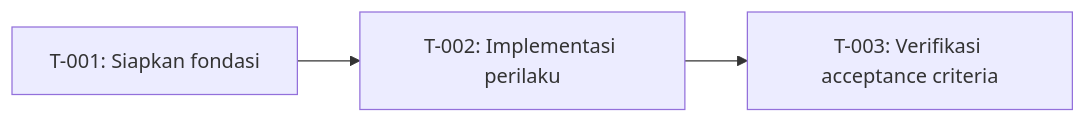
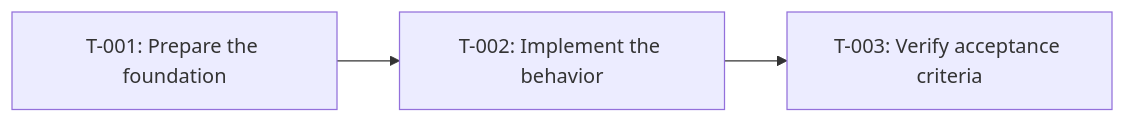
Before and after one commit to ridhomujizat/lana-harness: the diagram in docs/specs/0000-feature-name/tasks.md, drawn with Mermaid. The commit also changed other lines of this file and 172 other files, not shown here.

````diff
--- a/docs/specs/0000-feature-name/tasks.md
+++ b/docs/specs/0000-feature-name/tasks.md
@@ -31,5 +31,5 @@
 ```mermaid
 flowchart LR
-  T1["T-001: Siapkan fondasi"] --> T2["T-002: Implementasi perilaku"]
-  T2 --> T3["T-003: Verifikasi acceptance criteria"]
+  T1["T-001: Prepare the foundation"] --> T2["T-002: Implement the behavior"]
+  T2 --> T3["T-003: Verify acceptance criteria"]
 ```
````
